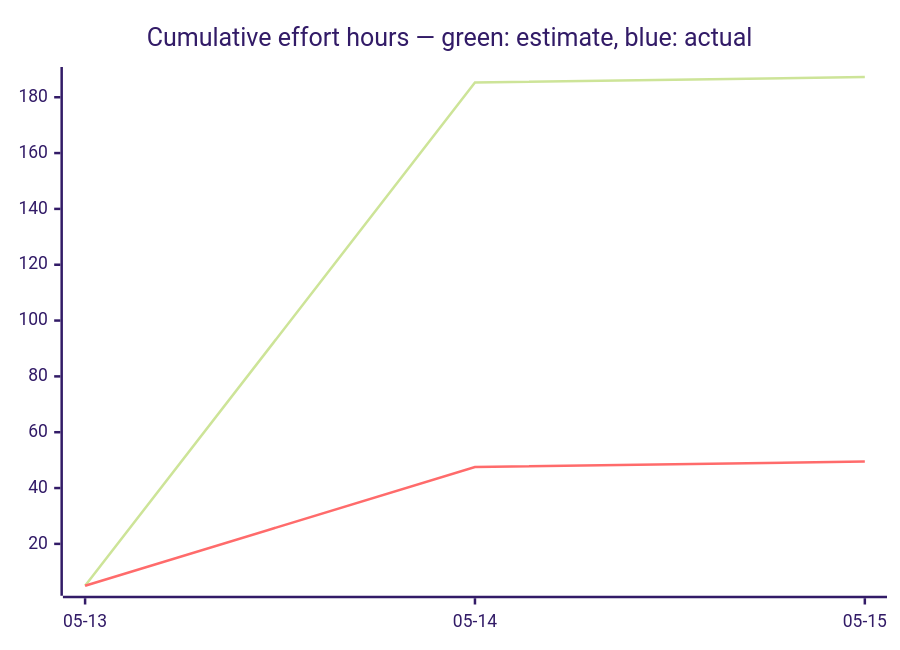
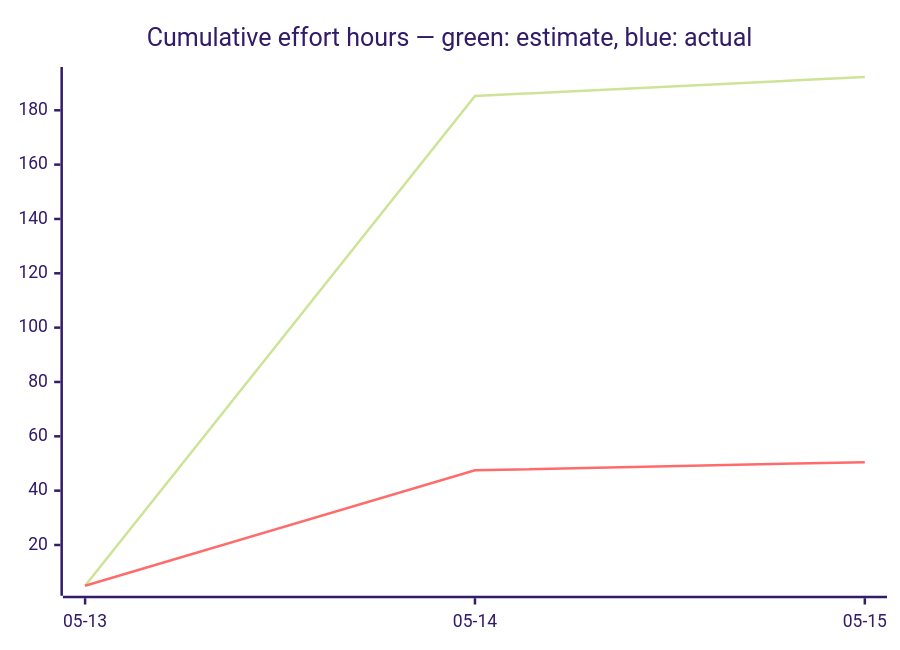
The third of 3 diagrams in docs/developers/tasks/OVERVIEW.md (tgd1975/CircuitSmith), drawn with Mermaid (forest theme) before and after one commit. The commit also changed other lines of this file and 4 other files, not shown here.

````diff
--- a/docs/developers/tasks/OVERVIEW.md
+++ b/docs/developers/tasks/OVERVIEW.md
@@ -39,7 +39,7 @@
 ```mermaid
 xychart-beta
     title "Cumulative effort hours — green: estimate, blue: actual"
     x-axis ["05-13", "05-14", "05-15"]
-    line [5, 185.25, 187.25]
-    line [5, 47.5, 49.5]
+    line [5, 185.25, 192.25]
+    line [5, 47.5, 50.5]
 ```
````
